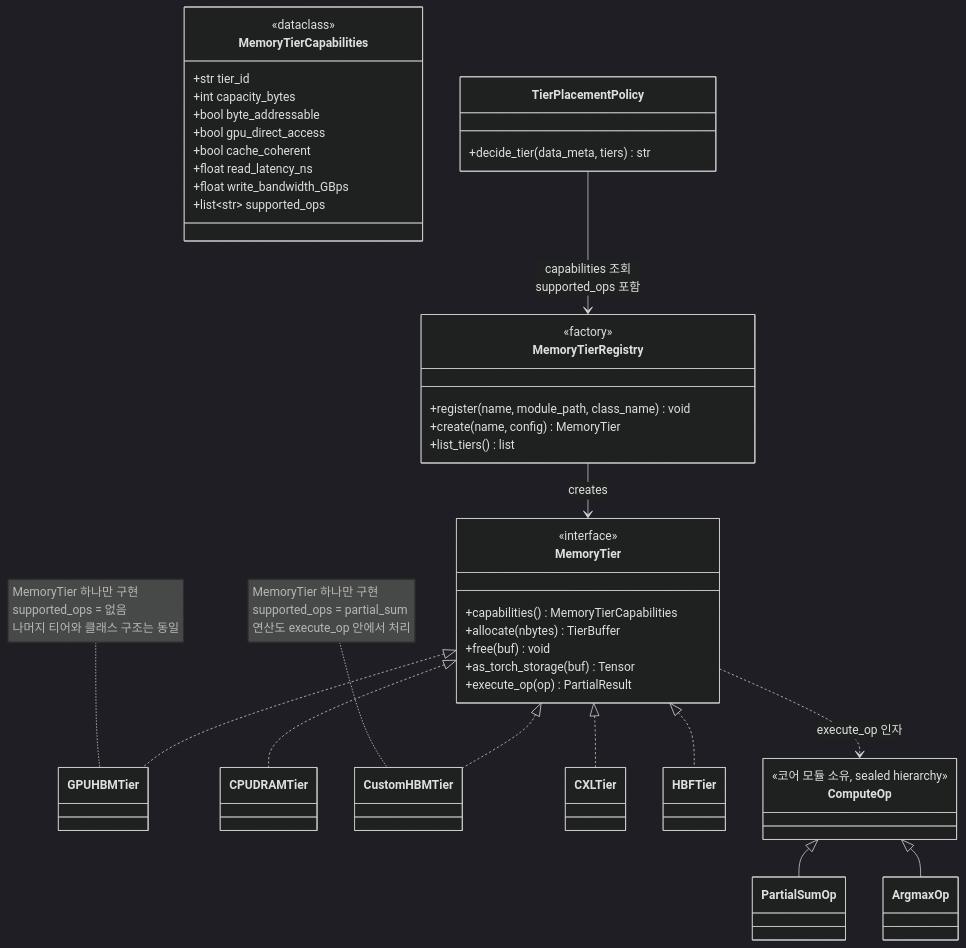
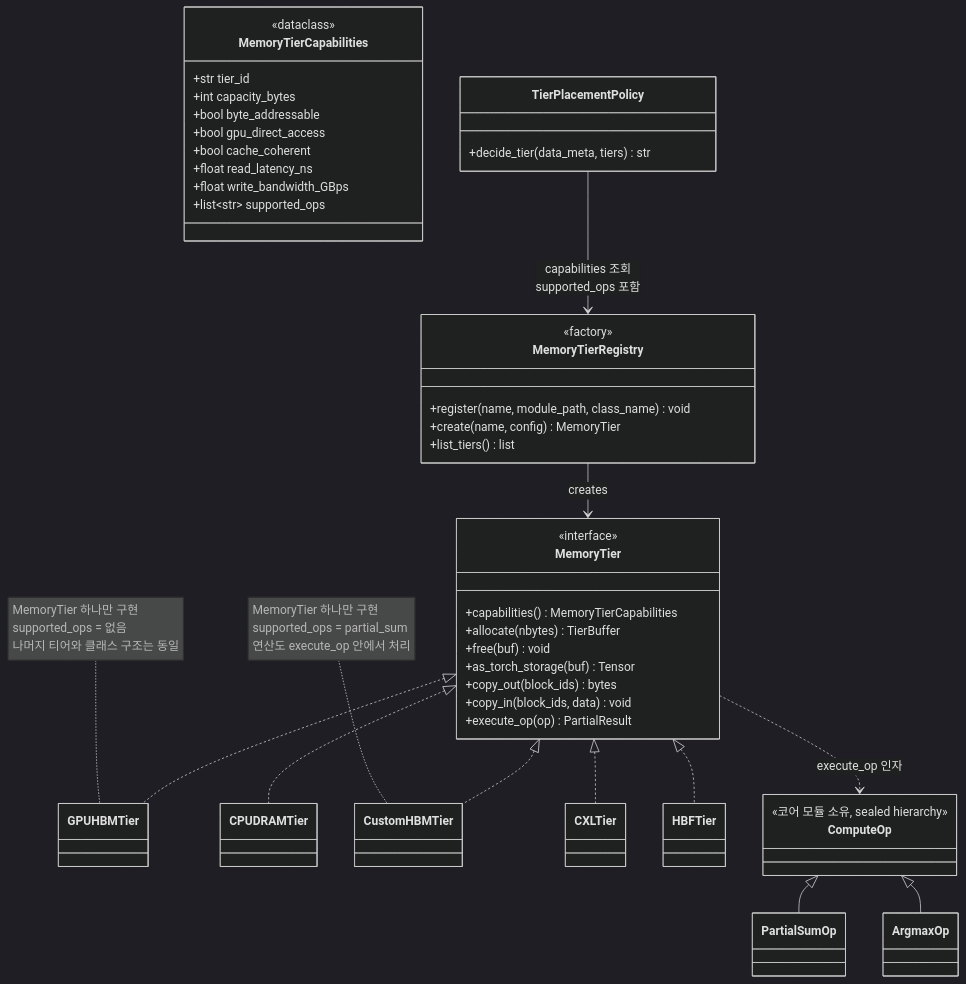
The second of 8 diagrams in doc-mk/vllm-memory-abstraction-level-candidates.md (mkim0628/vllm), drawn with Mermaid (dark theme) before and after one commit. The commit also changed other lines of this file and 3 other files, not shown here.

````diff
--- a/doc-mk/vllm-memory-abstraction-level-candidates.md
+++ b/doc-mk/vllm-memory-abstraction-level-candidates.md
@@ -161,53 +161,55 @@
 ```mermaid
 classDiagram
     class MemoryTierCapabilities {
         <<dataclass>>
         +str tier_id
         +int capacity_bytes
         +bool byte_addressable
         +bool gpu_direct_access
         +bool cache_coherent
         +float read_latency_ns
         +float write_bandwidth_GBps
         +list~str~ supported_ops
     }
 
     class MemoryTier {
         <<interface>>
         +capabilities() MemoryTierCapabilities
         +allocate(nbytes) TierBuffer
         +free(buf) void
         +as_torch_storage(buf) Tensor
+        +copy_out(block_ids) bytes
+        +copy_in(block_ids, data) void
         +execute_op(op) PartialResult
     }
     MemoryTier <|.. GPUHBMTier
     MemoryTier <|.. CPUDRAMTier
     MemoryTier <|.. CustomHBMTier
     MemoryTier <|.. CXLTier
     MemoryTier <|.. HBFTier
 
     class ComputeOp {
         <<코어 모듈 소유, sealed hierarchy>>
     }
     class PartialSumOp
     class ArgmaxOp
     ComputeOp <|-- PartialSumOp
     ComputeOp <|-- ArgmaxOp
     MemoryTier ..> ComputeOp : execute_op 인자
 
     note for CustomHBMTier "MemoryTier 하나만 구현<br/>supported_ops = partial_sum<br/>연산도 execute_op 안에서 처리"
     note for GPUHBMTier "MemoryTier 하나만 구현<br/>supported_ops = 없음<br/>나머지 티어와 클래스 구조는 동일"
 
     class MemoryTierRegistry {
         <<factory>>
         +register(name, module_path, class_name) void
         +create(name, config) MemoryTier
         +list_tiers() list
     }
     MemoryTierRegistry --> MemoryTier : creates
 
     class TierPlacementPolicy {
         +decide_tier(data_meta, tiers) str
     }
     TierPlacementPolicy --> MemoryTierRegistry : capabilities 조회<br/>supported_ops 포함
 ```
````
